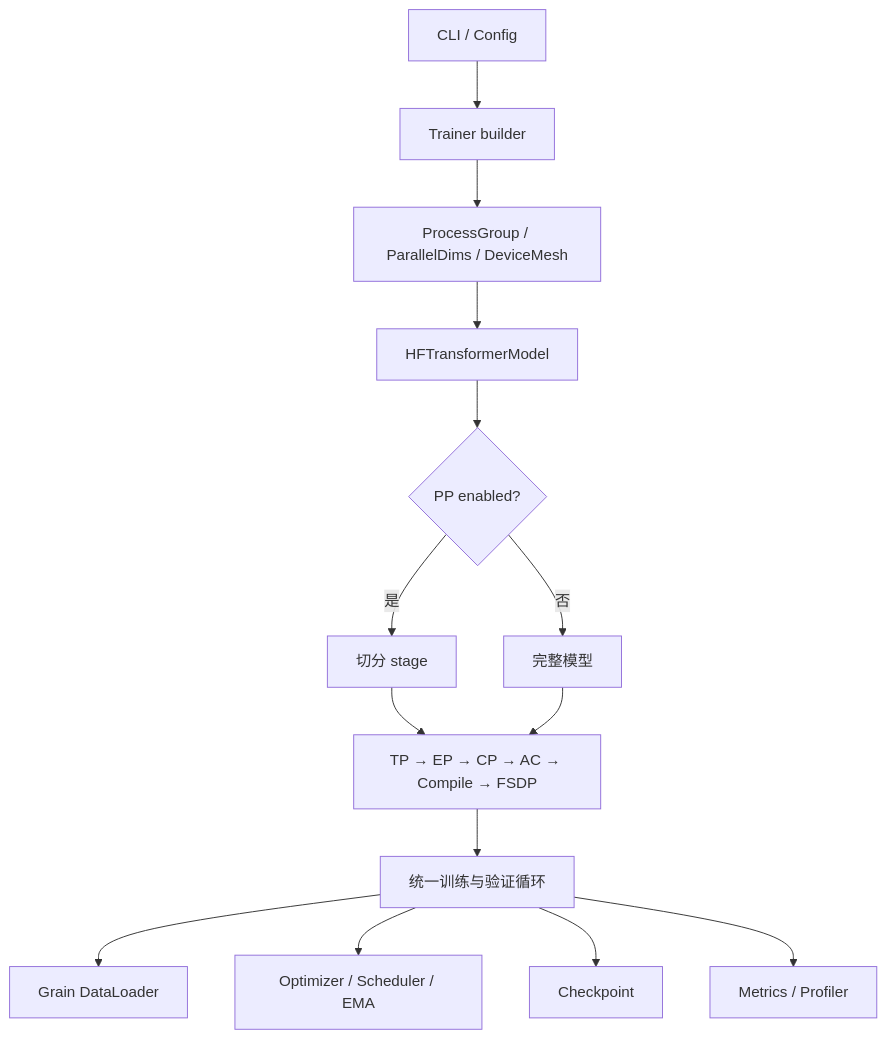
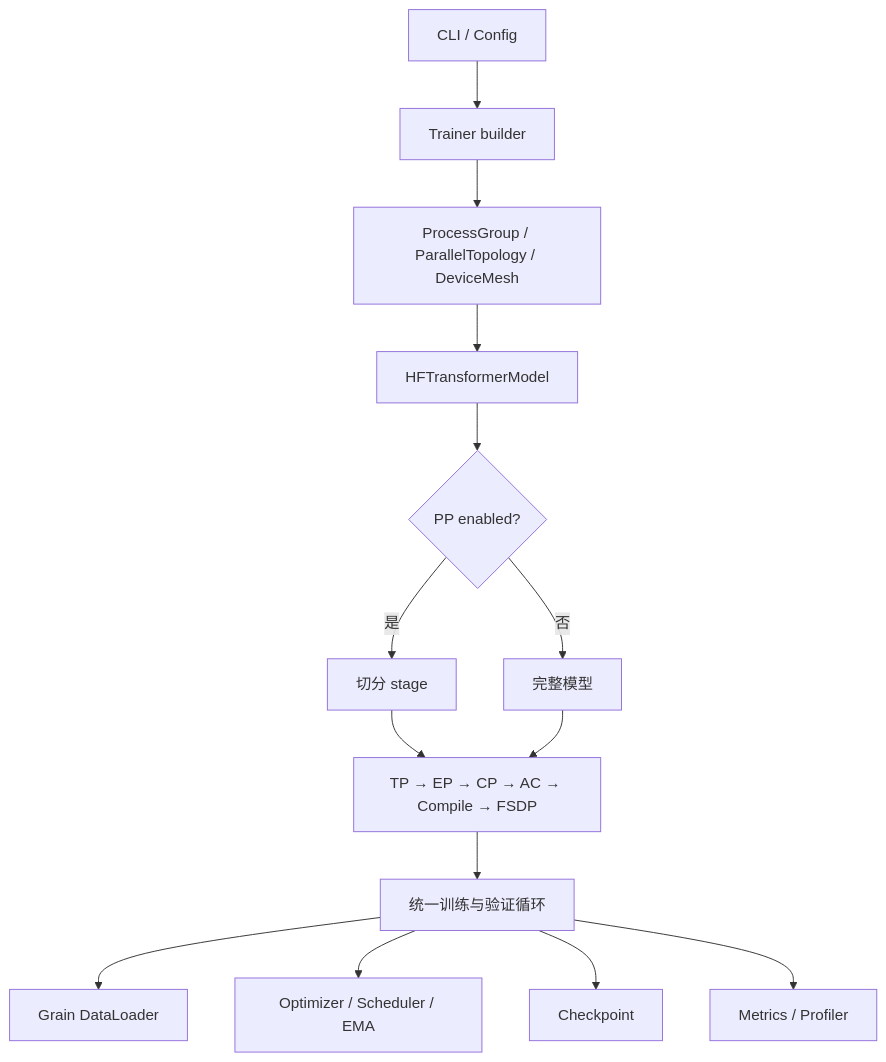
The second of 2 diagrams in docs/fsdpturbo_comparison.md (jianzhnie/TorchLLMTuner), drawn with Mermaid before and after one commit. The commit also changed other lines of this file and 73 other files, not shown here.

````diff
--- a/docs/fsdpturbo_comparison.md
+++ b/docs/fsdpturbo_comparison.md
@@ -102,16 +102,16 @@
 ```mermaid
 flowchart TD
     CLI[CLI / Config] --> TRAINER[Trainer builder]
-    TRAINER --> DIST[ProcessGroup / ParallelDims / DeviceMesh]
+    TRAINER --> DIST[ProcessGroup / ParallelTopology / DeviceMesh]
     DIST --> HF[HFTransformerModel]
     HF --> PP{PP enabled?}
     PP -->|是| SPLIT[切分 stage]
     PP -->|否| MODEL[完整模型]
     SPLIT --> STAGES[TP → EP → CP → AC → Compile → FSDP]
     MODEL --> STAGES
     STAGES --> LOOP[统一训练与验证循环]
     LOOP --> DATA[Grain DataLoader]
     LOOP --> OPT[Optimizer / Scheduler / EMA]
     LOOP --> CKPT[Checkpoint]
     LOOP --> METRICS[Metrics / Profiler]
 ```
````
